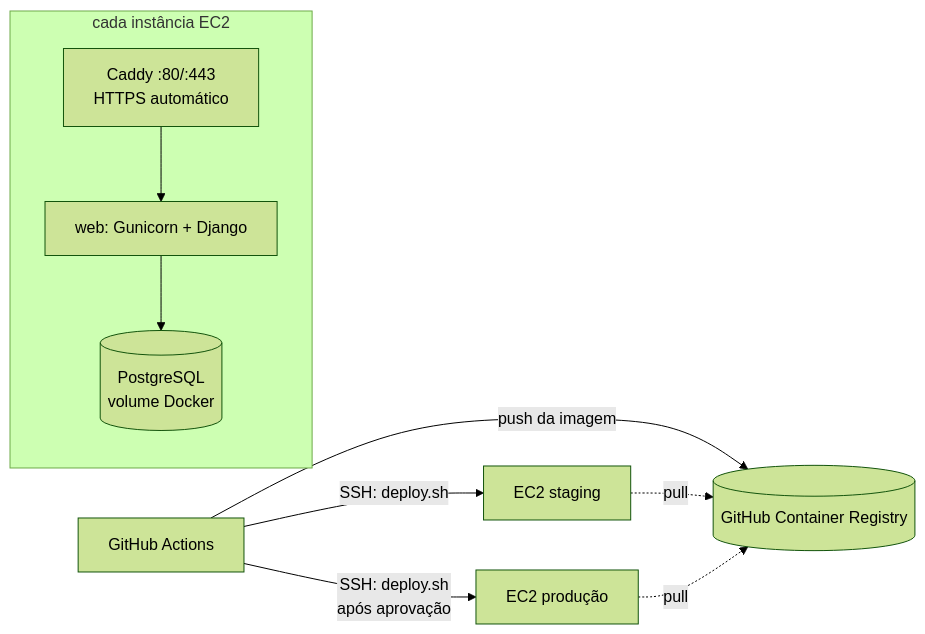
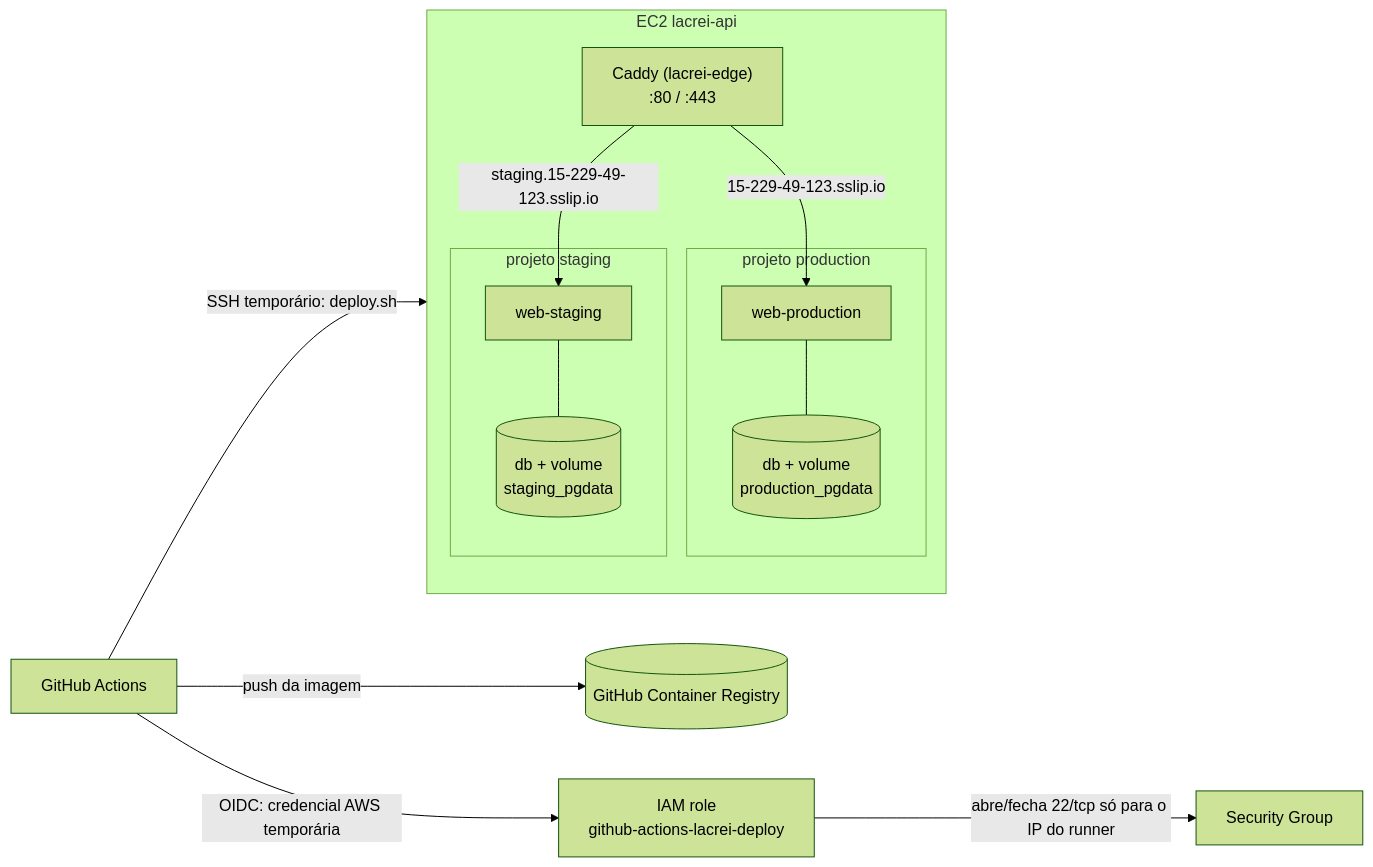
Before and after one commit to ffabricioffs/lacrei-consultas.api: the diagram in docs/DEPLOY_AWS.md, drawn with Mermaid (forest theme). The commit also changed other lines of this file and 18 other files, not shown here.

````diff
--- a/docs/DEPLOY_AWS.md
+++ b/docs/DEPLOY_AWS.md
@@ -5,12 +7,19 @@
 ```mermaid
 flowchart LR
     GH[GitHub Actions] -- push da imagem --> GHCR[(GitHub Container Registry)]
-    GH -- SSH: deploy.sh --> S[EC2 staging]
-    GH -- SSH: deploy.sh<br/>após aprovação --> P[EC2 produção]
-    subgraph EC2 [cada instância EC2]
-        C[Caddy :80/:443<br/>HTTPS automático] --> W[web: Gunicorn + Django]
-        W --> DB[(PostgreSQL<br/>volume Docker)]
+    GH -- "OIDC: credencial AWS temporária" --> IAM[IAM role<br/>github-actions-lacrei-deploy]
+    IAM -- "abre/fecha 22/tcp só para o IP do runner" --> SG[Security Group]
+    GH -- "SSH temporário: deploy.sh" --> EC2
+
+    subgraph EC2 [EC2 lacrei-api]
+        C["Caddy (lacrei-edge)<br/>:80 / :443"]
+        subgraph P [projeto production]
+            PW[web-production] --- PDB[(db + volume<br/>production_pgdata)]
+        end
+        subgraph S [projeto staging]
+            SW[web-staging] --- SDB[(db + volume<br/>staging_pgdata)]
+        end
+        C -->|15-229-49-123.sslip.io| PW
+        C -->|staging.15-229-49-123.sslip.io| SW
     end
-    S -. pull .-> GHCR
-    P -. pull .-> GHCR
 ```
````
